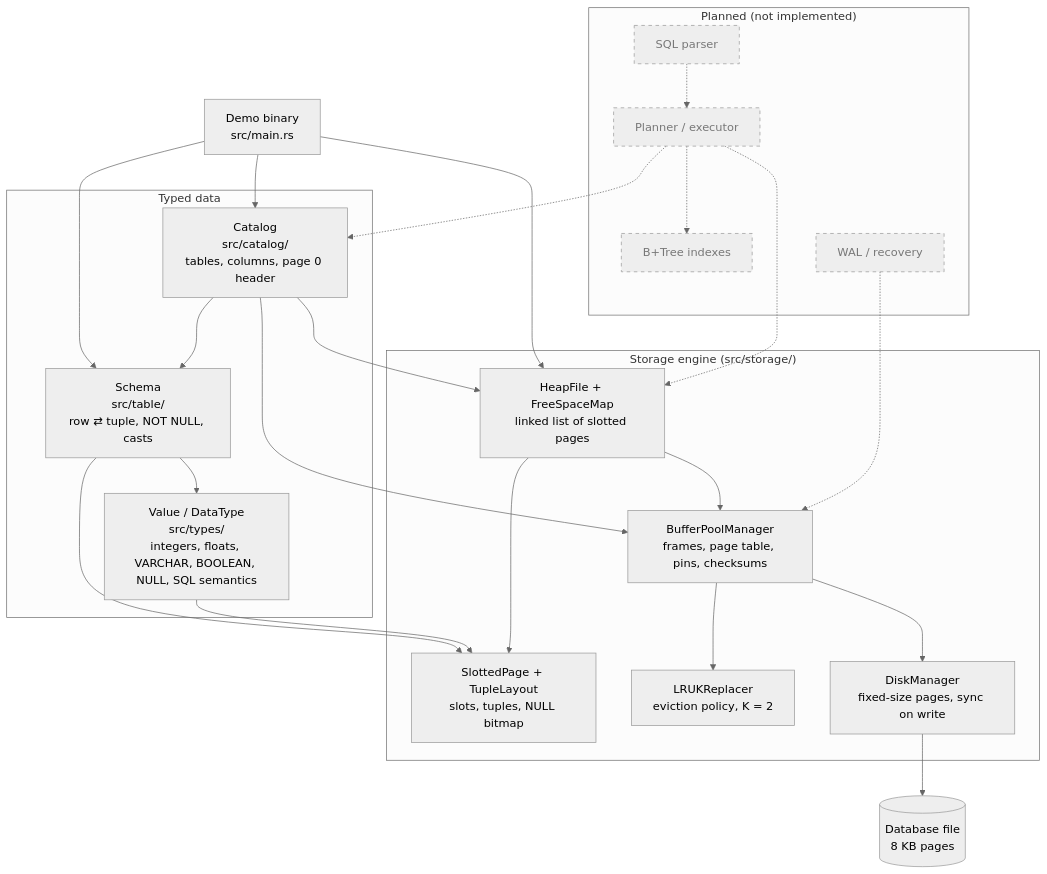
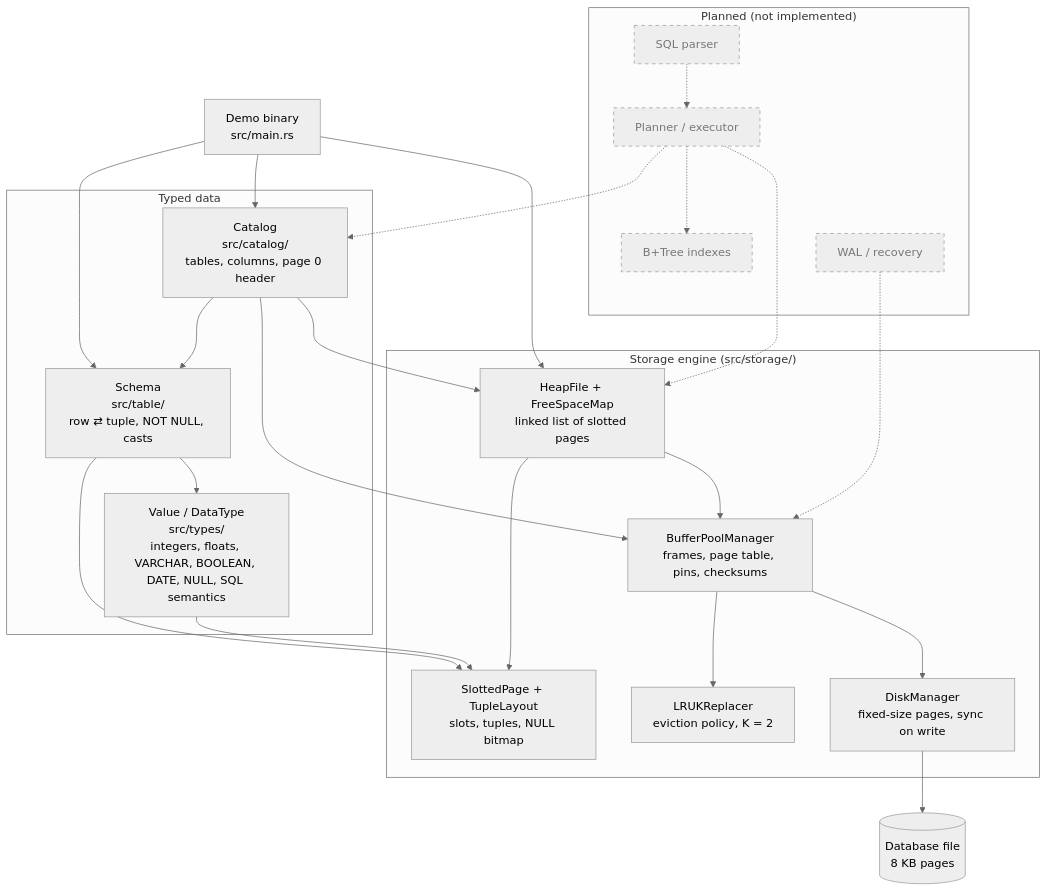
The diagram in docs/architecture.md (RodrigoGrz/ferro-db), drawn with Mermaid (neutral theme) before and after one commit. The commit also changed other lines of this file and 13 other files, not shown here.

First line of the commit message:
feat/date-type

````diff
--- a/docs/architecture.md
+++ b/docs/architecture.md
@@ -9,50 +9,50 @@
 ```mermaid
 flowchart TD
     demo["Demo binary<br/>src/main.rs"]
 
     subgraph upper["Typed data"]
         catalog["Catalog<br/>src/catalog/<br/>tables, columns, page 0 header"]
         schema["Schema<br/>src/table/<br/>row ⇄ tuple, NOT NULL, casts"]
-        types["Value / DataType<br/>src/types/<br/>integers, floats, VARCHAR, BOOLEAN, NULL, SQL semantics"]
+        types["Value / DataType<br/>src/types/<br/>integers, floats, VARCHAR, BOOLEAN, DATE, NULL, SQL semantics"]
     end
 
     subgraph storage["Storage engine (src/storage/)"]
         heap["HeapFile + FreeSpaceMap<br/>linked list of slotted pages"]
         slotted["SlottedPage + TupleLayout<br/>slots, tuples, NULL bitmap"]
         bpm["BufferPoolManager<br/>frames, page table, pins, checksums"]
         replacer["LRUKReplacer<br/>eviction policy, K = 2"]
         disk["DiskManager<br/>fixed-size pages, sync on write"]
     end
 
     file[("Database file<br/>8 KB pages")]
 
     demo --> catalog
     demo --> schema
     demo --> heap
     catalog --> heap
     catalog --> schema
     schema --> types
     schema --> slotted
     types --> slotted
     heap --> slotted
     heap --> bpm
     catalog --> bpm
     bpm --> replacer
     bpm --> disk
     disk --> file
 
     subgraph planned["Planned (not implemented)"]
         sql["SQL parser"]
         planner["Planner / executor"]
         index["B+Tree indexes"]
         wal["WAL / recovery"]
     end
     sql -.-> planner
     planner -.-> catalog
     planner -.-> heap
     planner -.-> index
     wal -.-> bpm
 
     classDef plannedNode stroke-dasharray: 5 5,color:#777
     class sql,planner,index,wal plannedNode
 ```
````
